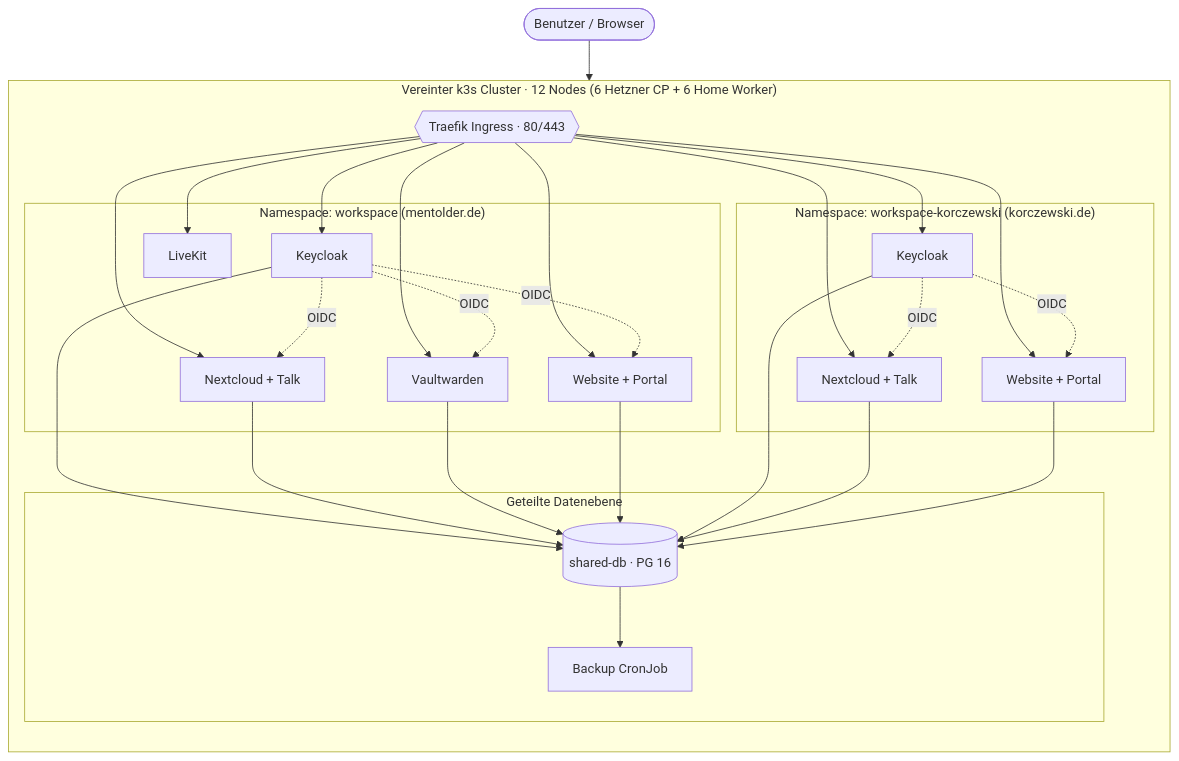
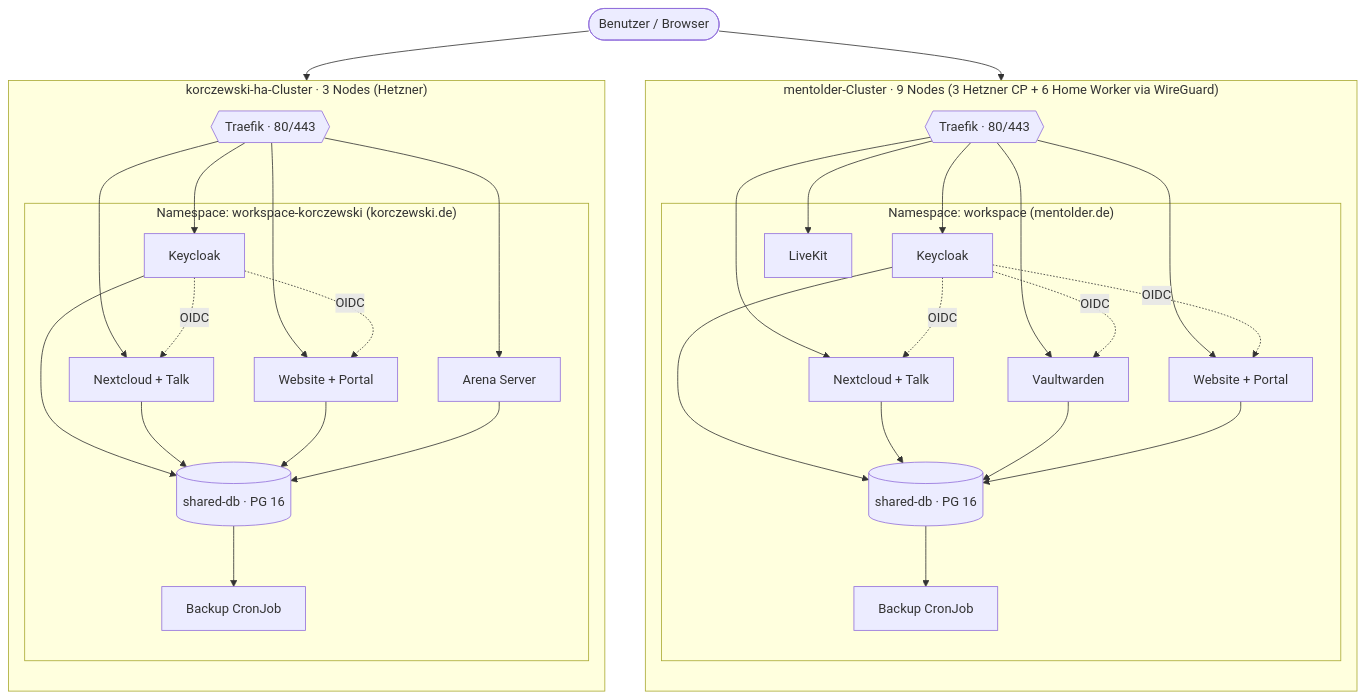
Before and after one commit to Paddione/Bachelorprojekt: the first of 5 diagrams in k3d/docs-content/architecture.md, drawn with Mermaid. The commit also changed other lines of this file and 13 other files, not shown here.

````diff
--- a/k3d/docs-content/architecture.md
+++ b/k3d/docs-content/architecture.md
@@ -27,31 +27,39 @@
 ```mermaid
 flowchart TB
   User([Benutzer / Browser])
-  subgraph cluster["Vereinter k3s Cluster · 12 Nodes (6 Hetzner CP + 6 Home Worker)"]
+  subgraph mentolder["mentolder-Cluster · 9 Nodes (3 Hetzner CP + 6 Home Worker via WireGuard)"]
     direction TB
-    Traefik{{"Traefik Ingress · 80/443"}}
+    TR1{{"Traefik · 80/443"}}
     subgraph ns1["Namespace: workspace (mentolder.de)"]
       KC1[Keycloak]
       NC1[Nextcloud + Talk]
       VW1[Vaultwarden]
       WEB1[Website + Portal]
       LK1[LiveKit]
+      DB1[(shared-db · PG 16)]
+      BU1[Backup CronJob]
     end
+  end
+  subgraph korczewski["korczewski-ha-Cluster · 3 Nodes (Hetzner)"]
+    direction TB
+    TR2{{"Traefik · 80/443"}}
     subgraph ns2["Namespace: workspace-korczewski (korczewski.de)"]
       KC2[Keycloak]
       NC2[Nextcloud + Talk]
       WEB2[Website + Portal]
-    end
-    subgraph data["Geteilte Datenebene"]
-      DB[(shared-db · PG 16)]
-      BU[Backup CronJob]
+      ARENA[Arena Server]
+      DB2[(shared-db · PG 16)]
+      BU2[Backup CronJob]
     end
   end
 
-  User --> Traefik
-  Traefik --> KC1 & NC1 & VW1 & WEB1 & LK1 & KC2 & NC2 & WEB2
+  User --> TR1 & TR2
+  TR1 --> KC1 & NC1 & VW1 & WEB1 & LK1
+  TR2 --> KC2 & NC2 & WEB2 & ARENA
   KC1 -. OIDC .-> NC1 & VW1 & WEB1
   KC2 -. OIDC .-> NC2 & WEB2
-  KC1 & NC1 & VW1 & WEB1 & KC2 & NC2 & WEB2 --> DB
-  DB --> BU
+  KC1 & NC1 & VW1 & WEB1 --> DB1
+  KC2 & NC2 & WEB2 & ARENA --> DB2
+  DB1 --> BU1
+  DB2 --> BU2
 ```
````
